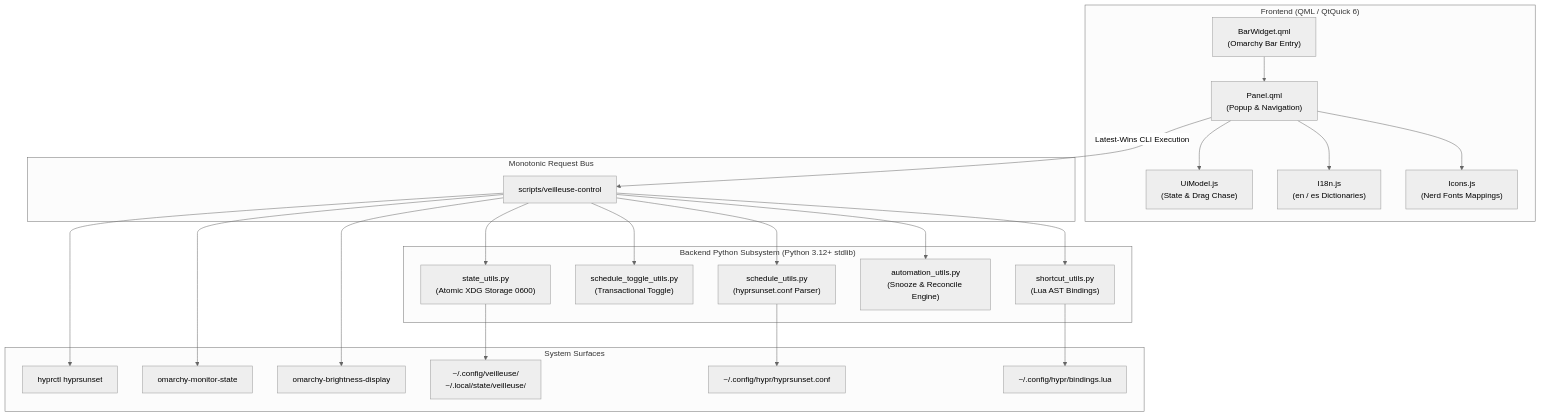
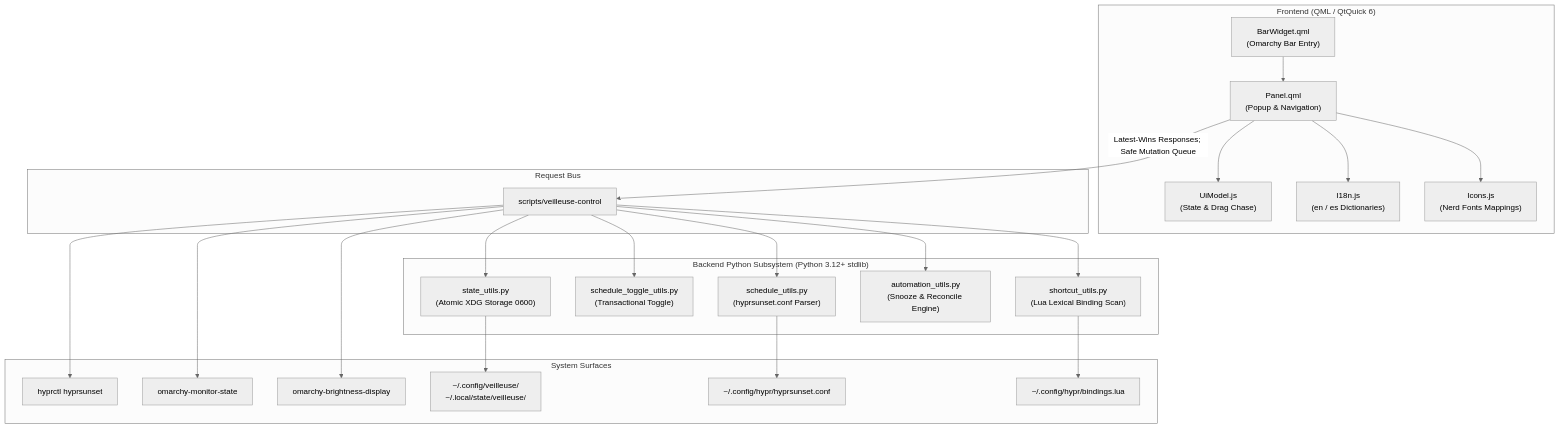
Before and after one commit to ZnOw01/Veilleuse: the diagram in README.md, drawn with Mermaid (neutral theme). The commit also changed other lines of this file and 17 other files, not shown here.

First line of the commit message:
fix(quality): harden schedule writes and panel request flow

````diff
--- a/README.md
+++ b/README.md
@@ -61,30 +61,30 @@
 ```mermaid
 graph TD
     subgraph UI ["Frontend (QML / QtQuick 6)"]
         BW["BarWidget.qml<br/>(Omarchy Bar Entry)"] --> P["Panel.qml<br/>(Popup & Navigation)"]
         P --> UM["UiModel.js<br/>(State & Drag Chase)"]
         P --> I18N["I18n.js<br/>(en / es Dictionaries)"]
         P --> IC["Icons.js<br/>(Nerd Fonts Mappings)"]
     end
 
-    subgraph IPC ["Monotonic Request Bus"]
-        P -->|"Latest-Wins CLI Execution"| VC["scripts/veilleuse-control"]
+    subgraph IPC ["Request Bus"]
+        P -->|"Latest-Wins Responses; Safe Mutation Queue"| VC["scripts/veilleuse-control"]
     end
 
     subgraph Backend ["Backend Python Subsystem (Python 3.12+ stdlib)"]
         VC --> SU["schedule_utils.py<br/>(hyprsunset.conf Parser)"]
         VC --> STU["schedule_toggle_utils.py<br/>(Transactional Toggle)"]
-        VC --> SCU["shortcut_utils.py<br/>(Lua AST Bindings)"]
+        VC --> SCU["shortcut_utils.py<br/>(Lua Lexical Binding Scan)"]
         VC --> AU["automation_utils.py<br/>(Snooze & Reconcile Engine)"]
         VC --> ST["state_utils.py<br/>(Atomic XDG Storage 0600)"]
     end
 
     subgraph System ["System Surfaces"]
         VC --> HS["hyprctl hyprsunset"]
         VC --> MS["omarchy-monitor-state"]
         VC --> BD["omarchy-brightness-display"]
         ST --> XDG["~/.config/veilleuse/<br/>~/.local/state/veilleuse/"]
         SU --> HCONF["~/.config/hypr/hyprsunset.conf"]
         SCU --> LUA["~/.config/hypr/bindings.lua"]
     end
 ```
````
